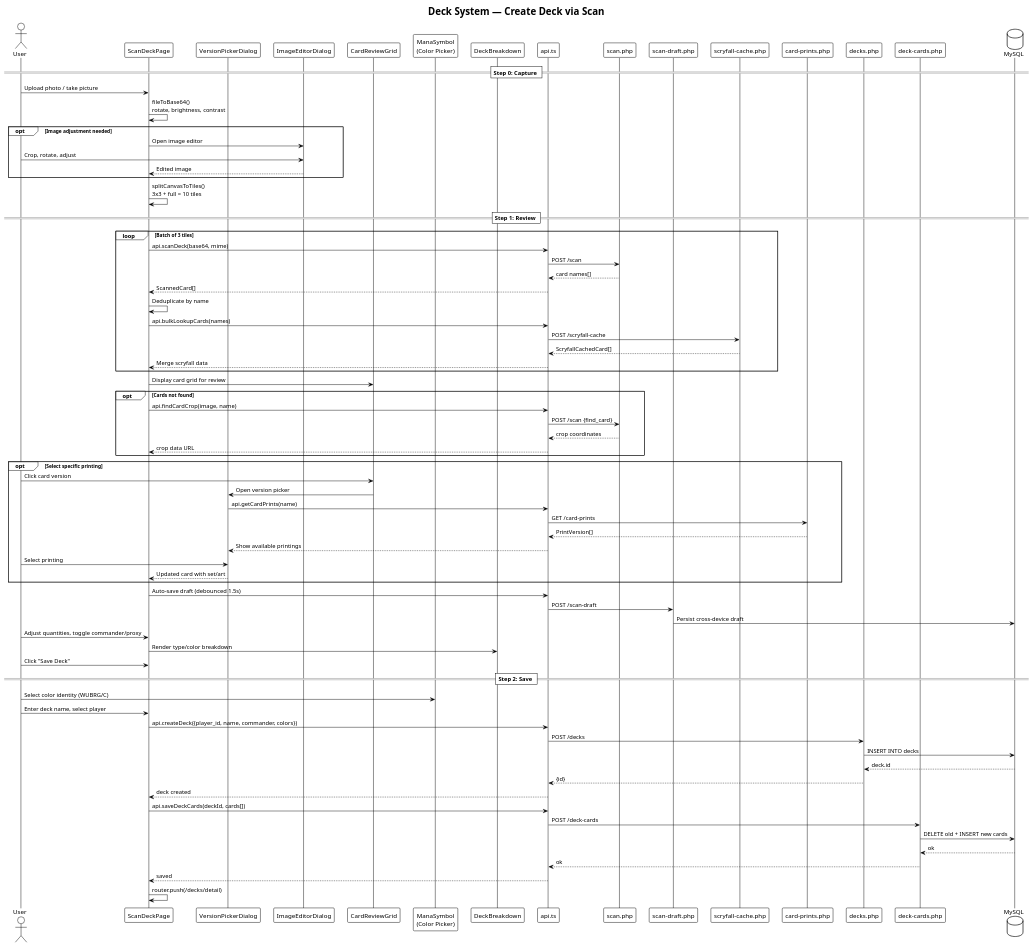
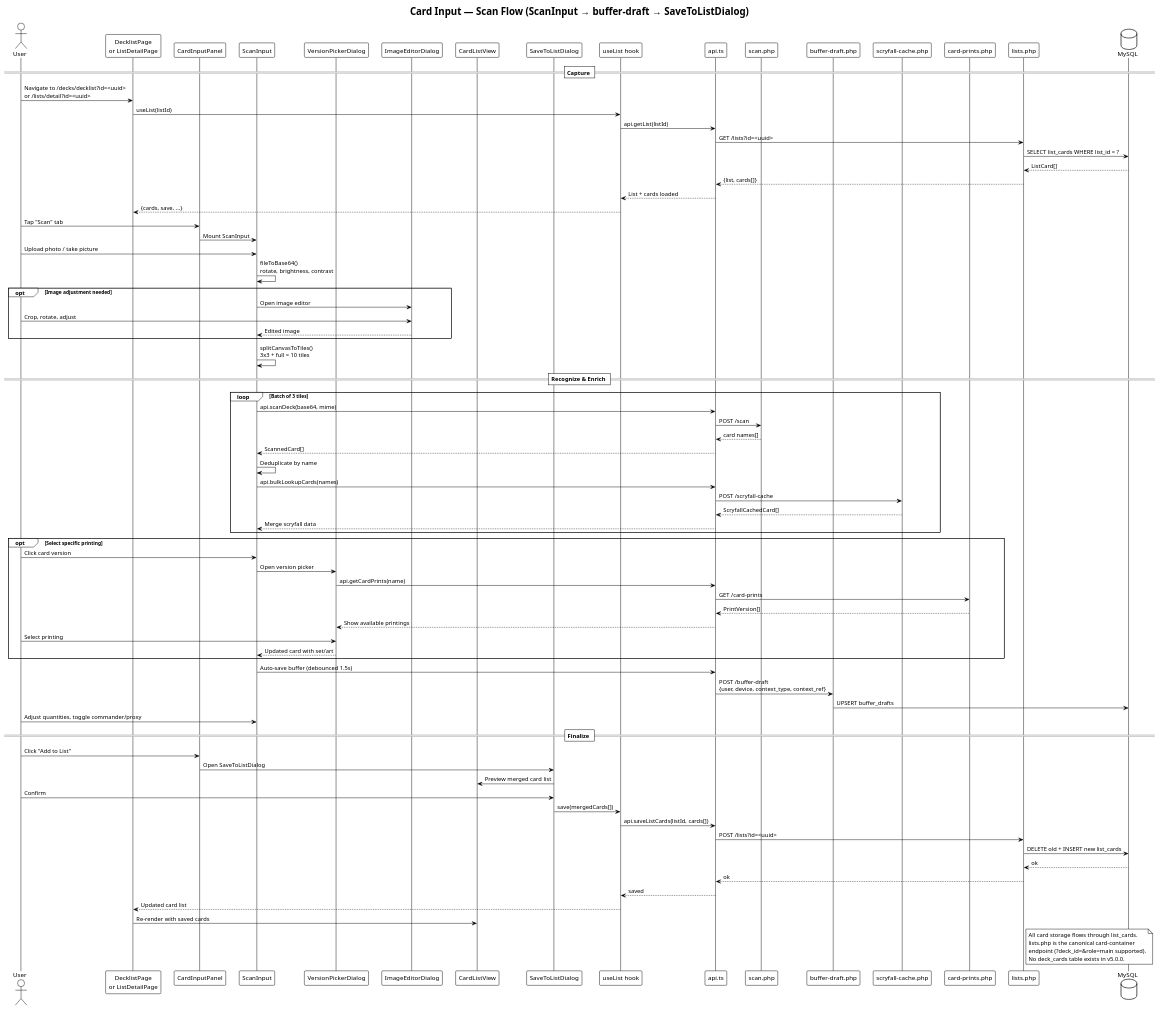
Before and after one commit to rickwphillips/commander-collector: the sixth of 13 diagrams in docs/architecture-diagrams.puml, drawn with PlantUML. The commit also changed other lines of this file and 140 other files, not shown here.

```diff
--- a/docs/architecture-diagrams.puml
+++ b/docs/architecture-diagrams.puml
@@ -486,91 +505,97 @@
-@startuml sequence-deck-create
+@startuml sequence-scan-to-list
 !theme plain
-title Deck System — Create Deck via Scan
+title Card Input — Scan Flow (ScanInput → buffer-draft → SaveToListDialog)
 
 actor User
-participant "ScanDeckPage" as Scan
+participant "DecklistPage\nor ListDetailPage" as Page
+participant "CardInputPanel" as CIP
+participant "ScanInput" as Scan
 participant "VersionPickerDialog" as VPick
 participant "ImageEditorDialog" as IEdit
-participant "CardReviewGrid" as Review
-participant "ManaSymbol\n(Color Picker)" as Color
-participant "DeckBreakdown" as Breakdown
+participant "CardListView" as CLV
+participant "SaveToListDialog" as STL
+participant "useList hook" as UL
 participant "api.ts" as API
 participant "scan.php" as ScanAPI
-participant "scan-draft.php" as DraftAPI
+participant "buffer-draft.php" as DraftAPI
 participant "scryfall-cache.php" as Scryfall
 participant "card-prints.php" as Prints
-participant "decks.php" as DecksAPI
-participant "deck-cards.php" as CardsAPI
+participant "lists.php" as ListsAPI
 database "MySQL" as DB
 
-== Step 0: Capture ==
+== Capture ==
+User -> Page : Navigate to /decks/decklist?id=<uuid>\nor /lists/detail?id=<uuid>
+Page -> UL : useList(listId)
+UL -> API : api.getList(listId)
+API -> ListsAPI : GET /lists?id=<uuid>
+ListsAPI -> DB : SELECT list_cards WHERE list_id = ?
+DB --> ListsAPI : ListCard[]
+ListsAPI --> API : {list, cards[]}
+API --> UL : List + cards loaded
+UL --> Page : {cards, save, ...}
+
+User -> CIP : Tap "Scan" tab
+CIP -> Scan : Mount ScanInput
 User -> Scan : Upload photo / take picture
 Scan -> Scan : fileToBase64()\nrotate, brightness, contrast
 
 opt Image adjustment needed
   Scan -> IEdit : Open image editor
   User -> IEdit : Crop, rotate, adjust
   IEdit --> Scan : Edited image
 end
 
 Scan -> Scan : splitCanvasToTiles()\n3x3 + full = 10 tiles
 
-== Step 1: Review ==
+== Recognize & Enrich ==
 loop Batch of 3 tiles
   Scan -> API : api.scanDeck(base64, mime)
   API -> ScanAPI : POST /scan
   ScanAPI --> API : card names[]
   API --> Scan : ScannedCard[]
   Scan -> Scan : Deduplicate by name
   Scan -> API : api.bulkLookupCards(names)
   API -> Scryfall : POST /scryfall-cache
   Scryfall --> API : ScryfallCachedCard[]
   API --> Scan : Merge scryfall data
 end
 
-Scan -> Review : Display card grid for review
-
-opt Cards not found
-  Scan -> API : api.findCardCrop(image, name)
-  API -> ScanAPI : POST /scan {find_card}
-  ScanAPI --> API : crop coordinates
-  API --> Scan : crop data URL
-end
-
 opt Select specific printing
-  User -> Review : Click card version
-  Review -> VPick : Open version picker
+  User -> Scan : Click card version
+  Scan -> VPick : Open version picker
   VPick -> API : api.getCardPrints(name)
   API -> Prints : GET /card-prints
   Prints --> API : PrintVersion[]
   API --> VPick : Show available printings
   User -> VPick : Select printing
   VPick --> Scan : Updated card with set/art
 end
 
-Scan -> API : Auto-save draft (debounced 1.5s)
-API -> DraftAPI : POST /scan-draft
-DraftAPI -> DB : Persist cross-device draft
+Scan -> API : Auto-save buffer (debounced 1.5s)
+API -> DraftAPI : POST /buffer-draft\n{user, device, context_type, context_ref}
+DraftAPI -> DB : UPSERT buffer_drafts
 User -> Scan : Adjust quantities, toggle commander/proxy
-Scan -> Breakdown : Render type/color breakdown
-User -> Scan : Click "Save Deck"
 
-== Step 2: Save ==
-User -> Color : Select color identity (WUBRG/C)
-User -> Scan : Enter deck name, select player
-Scan -> API : api.createDeck({player_id, name, commander, colors})
-API -> DecksAPI : POST /decks
-DecksAPI -> DB : INSERT INTO decks
-DB --> DecksAPI : deck.id
-DecksAPI --> API : {id}
-API --> Scan : deck created
+== Finalize ==
+User -> CIP : Click "Add to List"
+CIP -> STL : Open SaveToListDialog
+STL -> CLV : Preview merged card list
+User -> STL : Confirm
+STL -> UL : save(mergedCards[])
+UL -> API : api.saveListCards(listId, cards[])
+API -> ListsAPI : POST /lists?id=<uuid>
+ListsAPI -> DB : DELETE old + INSERT new list_cards
+DB --> ListsAPI : ok
+ListsAPI --> API : ok
+API --> UL : saved
+UL --> Page : Updated card list
+Page -> CLV : Re-render with saved cards
 
-Scan -> API : api.saveDeckCards(deckId, cards[])
-API -> CardsAPI : POST /deck-cards
-CardsAPI -> DB : DELETE old + INSERT new cards
-DB --> CardsAPI : ok
-CardsAPI --> API : ok
-API --> Scan : saved
-Scan -> Scan : router.push(/decks/detail)
+note right of ListsAPI
+  All card storage flows through list_cards.
+  lists.php is the canonical card-container
+  endpoint (?deck_id=&role=main supported).
+  No deck_cards table exists in v5.0.0.
+end note
 
 @enduml
```
